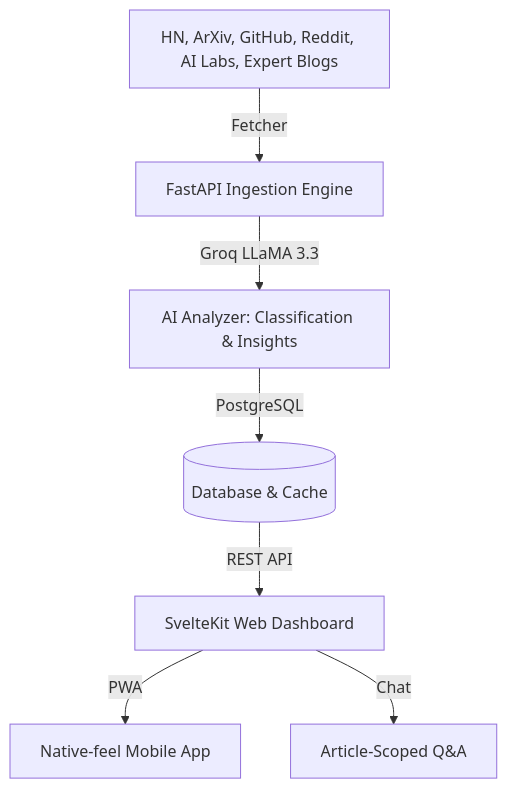
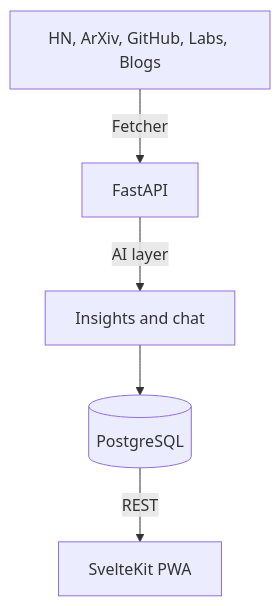
The diagram in README.md (BemnetMussa/Axon), drawn with Mermaid before and after one commit. The commit also changed other lines of this file and 14 other files, not shown here.

````diff
--- a/README.md
+++ b/README.md
@@ -21,9 +37,7 @@
 ```mermaid
 graph TD
-    Sources[HN, ArXiv, GitHub, Reddit, AI Labs, Expert Blogs] -->|Fetcher| Ingestion[FastAPI Ingestion Engine]
-    Ingestion -->|Groq LLaMA 3.3| Analysis[AI Analyzer: Classification & Insights]
-    Analysis -->|PostgreSQL| Storage[(Database & Cache)]
-    Storage -->|REST API| UI[SvelteKit Web Dashboard]
-    UI -->|PWA| Mobile[Native-feel Mobile App]
-    UI -->|Chat| AI[Article-Scoped Q&A]
+    Sources[HN, ArXiv, GitHub, Labs, Blogs] -->|Fetcher| Ingestion[FastAPI]
+    Ingestion -->|AI layer| Analysis[Insights and chat]
+    Analysis --> Storage[(PostgreSQL)]
+    Storage -->|REST| UI[SvelteKit PWA]
 ```
````
